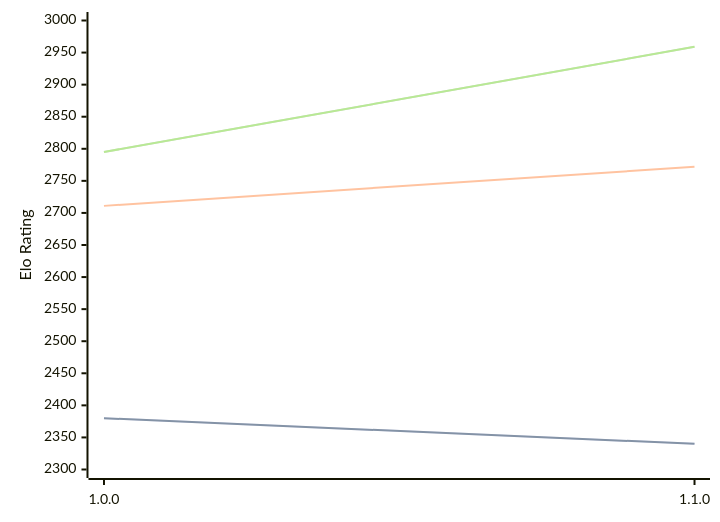
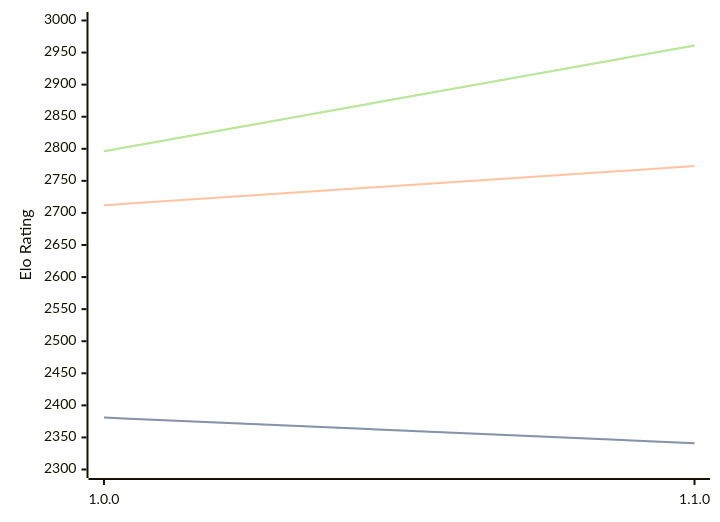
One commit to computer-chess-index/cci changed the diagram in engines/ShallowGuess.md. Above: the diagram before and after it, drawn with Mermaid. The commit also changed other lines of this file, not shown here.

Commit message:
Update CCI Ratings (ELO VLTC) - 2026-05-16

````diff
--- a/engines/ShallowGuess.md
+++ b/engines/ShallowGuess.md
@@ -36,11 +36,11 @@
 ```mermaid
 %%{init: {"theme":"base","themeVariables":{"seriesColors:['#a3a3a3','#222221','#faa371']}}}%%
 xychart-beta
   x-axis ["1.0.0", "1.1.0"]
   y-axis "Elo Rating" 2300 --> 3000
-  line "STC (8.0+0.08s)" [2380, 2340]
-  line "STC (8.0+0.08s)" [2380, 2340]
-  line "LTC (60.0+0.60s)" [2711, 2772]
-  line "VLTC (2m24s+1.12s)" [2795, 2959]
-  line "VLTC (2m24s+1.12s)" [2795, 2959]
+  line "STC (8.0+0.08s)" [2381, 2341]
+  line "STC (8.0+0.08s)" [2381, 2341]
+  line "LTC (60.0+0.60s)" [2712, 2773]
+  line "VLTC (2m24s+1.12s)" [2796, 2961]
+  line "VLTC (2m24s+1.12s)" [2796, 2961]
 ```
````
